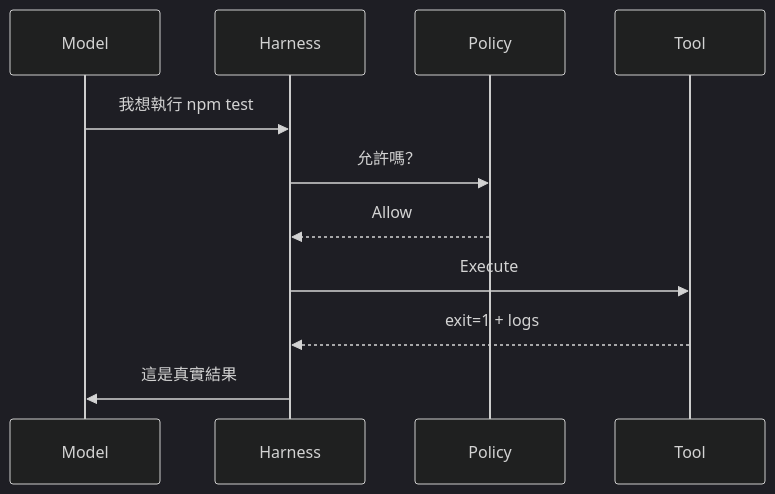
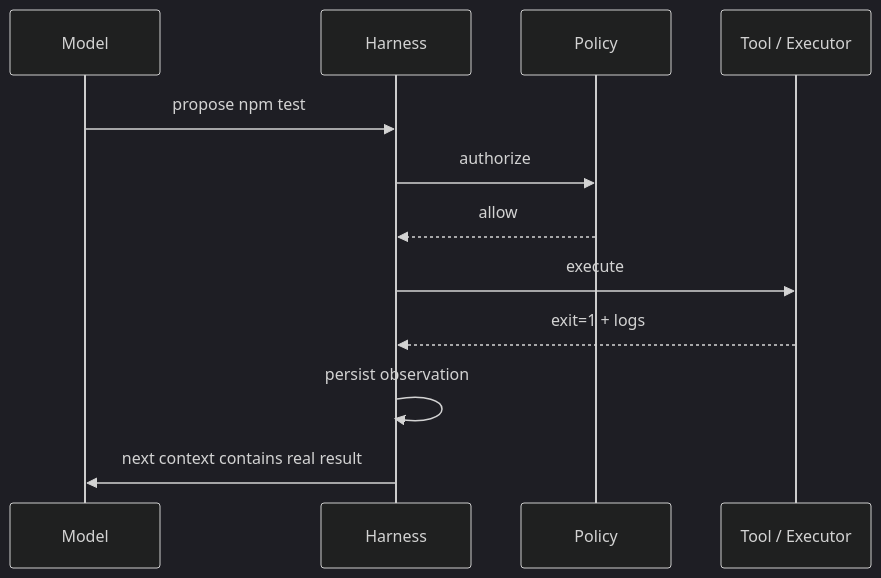
One commit to indigofeather/harness-book changed the fifth of 7 diagrams in docs/foundations/agent-loop.md. Above: the diagram before and after it, drawn with Mermaid (dark theme). The commit also changed other lines of this file and 48 other files, not shown here.

````diff
--- a/docs/foundations/agent-loop.md
+++ b/docs/foundations/agent-loop.md
@@ -178,14 +148,15 @@
 ```mermaid
 sequenceDiagram
   participant M as Model
   participant H as Harness
   participant P as Policy
-  participant T as Tool
+  participant T as Tool / Executor
 
-  M->>H: 我想執行 npm test
-  H->>P: 允許嗎？
-  P-->>H: Allow
-  H->>T: Execute
+  M->>H: propose npm test
+  H->>P: authorize
+  P-->>H: allow
+  H->>T: execute
   T-->>H: exit=1 + logs
-  H->>M: 這是真實結果
+  H->>H: persist observation
+  H->>M: next context contains real result
 ```
````
